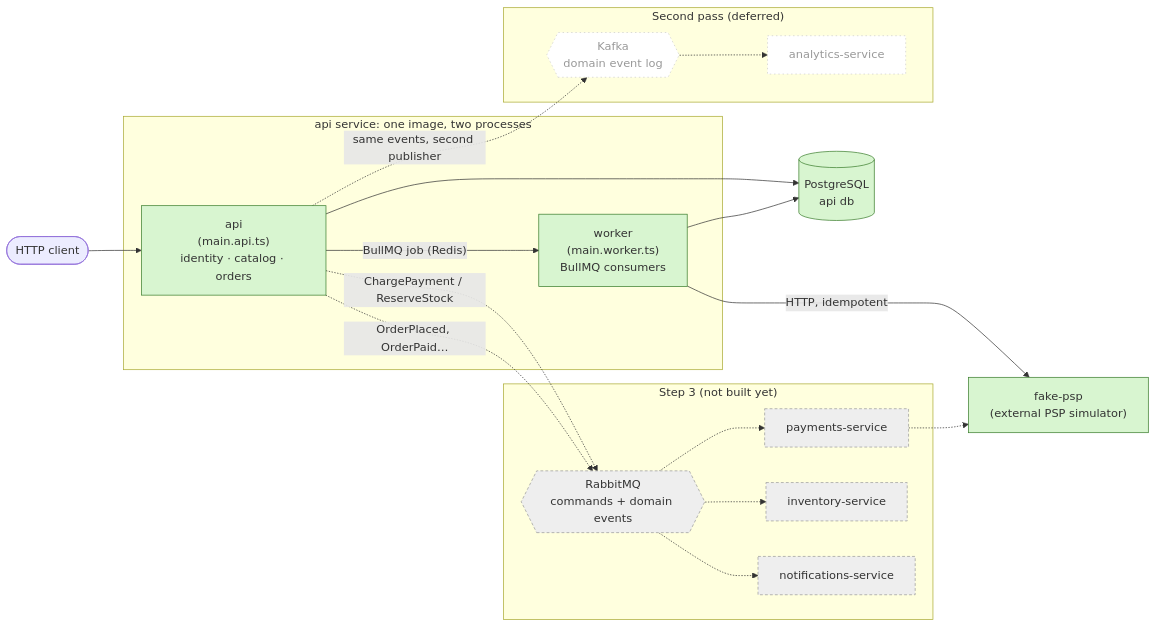
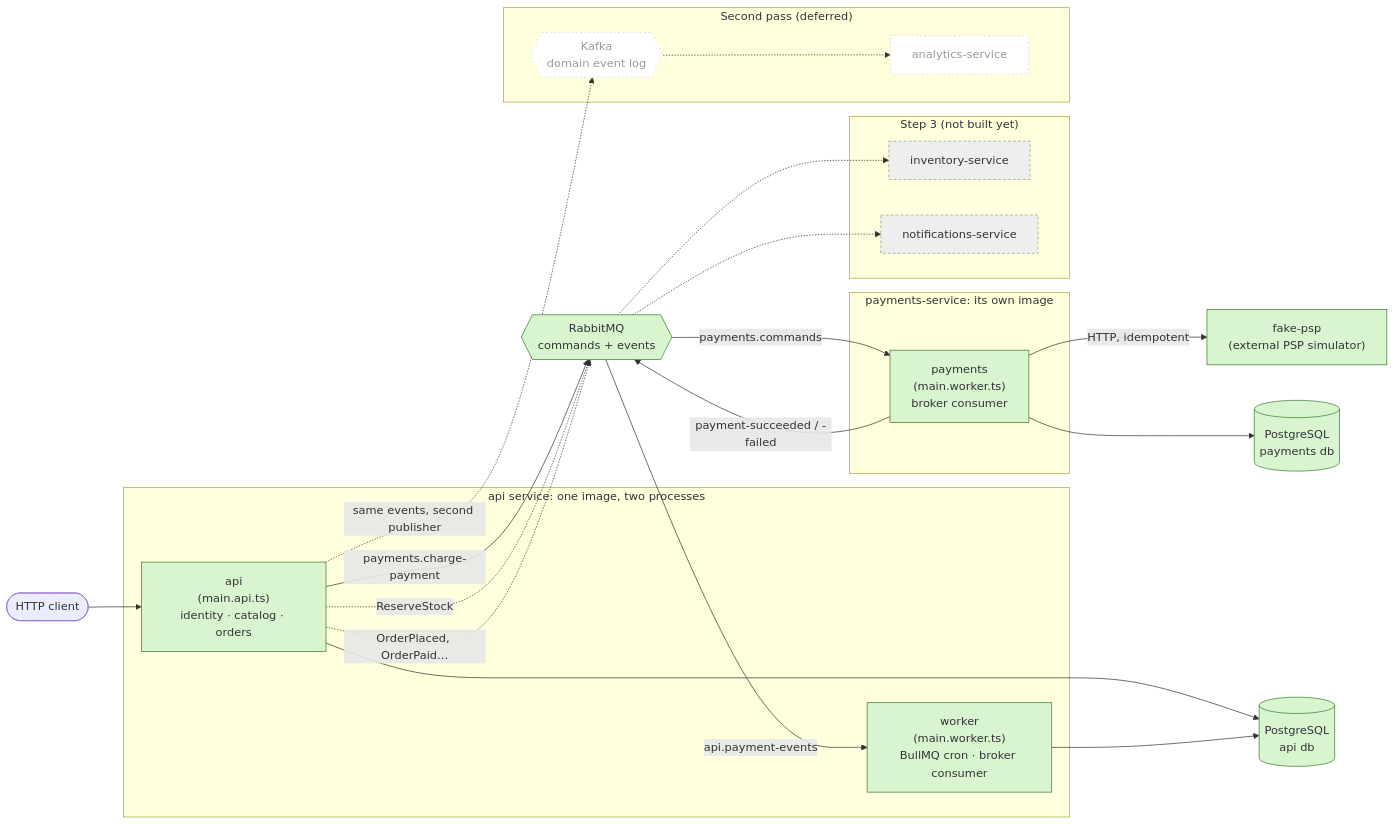
Before and after one commit to KarpAAA/order-management: the first of 5 diagrams in docs/architecture.md, drawn with Mermaid. The commit also changed other lines of this file and 9 other files, not shown here.

First line of the commit message:
docs: record the payments-service split and its known gaps

````diff
--- a/docs/architecture.md
+++ b/docs/architecture.md
@@ -8,40 +8,47 @@
 ```mermaid
 flowchart LR
   client([HTTP client]) --> api
 
   subgraph apiSvc["api service: one image, two processes"]
     api["api<br/>(main.api.ts)<br/>identity · catalog · orders"]
-    worker["worker<br/>(main.worker.ts)<br/>BullMQ consumers"]
+    worker["worker<br/>(main.worker.ts)<br/>BullMQ cron · broker consumer"]
   end
 
-  api -- "BullMQ job (Redis)" --> worker
+  subgraph paySvc["payments-service: its own image"]
+    payments["payments<br/>(main.worker.ts)<br/>broker consumer"]
+  end
+
+  rabbit{{RabbitMQ<br/>commands + events}}
+
   api --> pg[("PostgreSQL<br/>api db")]
   worker --> pg
-  worker -- "HTTP, idempotent" --> psp["fake-psp<br/>(external PSP simulator)"]
+  api -- "payments.charge-payment" --> rabbit
+  rabbit -- "payments.commands" --> payments
+  payments -- "payment-succeeded / -failed" --> rabbit
+  rabbit -- "api.payment-events" --> worker
+  payments --> paydb[("PostgreSQL<br/>payments db")]
+  payments -- "HTTP, idempotent" --> psp["fake-psp<br/>(external PSP simulator)"]
 
   subgraph later["Step 3 (not built yet)"]
-    payments["payments-service"]
     inventory["inventory-service"]
     notifications["notifications-service"]
-    rabbit{{RabbitMQ<br/>commands + domain events}}
   end
 
   subgraph second["Second pass (deferred)"]
     analytics["analytics-service"]
     kafka{{Kafka<br/>domain event log}}
   end
 
-  api -. "ChargePayment / ReserveStock" .-> rabbit
+  api -. "ReserveStock" .-> rabbit
   api -. "OrderPlaced, OrderPaid…" .-> rabbit
-  rabbit -.-> payments & inventory & notifications
+  rabbit -.-> inventory & notifications
   api -. "same events, second publisher" .-> kafka
   kafka -.-> analytics
-  payments -.-> psp
 
   classDef built fill:#d8f5d0,stroke:#3a7d2c;
   classDef future fill:#eee,stroke:#999,stroke-dasharray: 4 3;
   classDef deferred fill:#fff,stroke:#ccc,stroke-dasharray: 2 4,color:#999;
-  class api,worker,pg,psp built;
-  class payments,inventory,notifications,rabbit future;
+  class api,worker,pg,psp,payments,paydb,rabbit built;
+  class inventory,notifications future;
   class analytics,kafka deferred;
 ```
````
